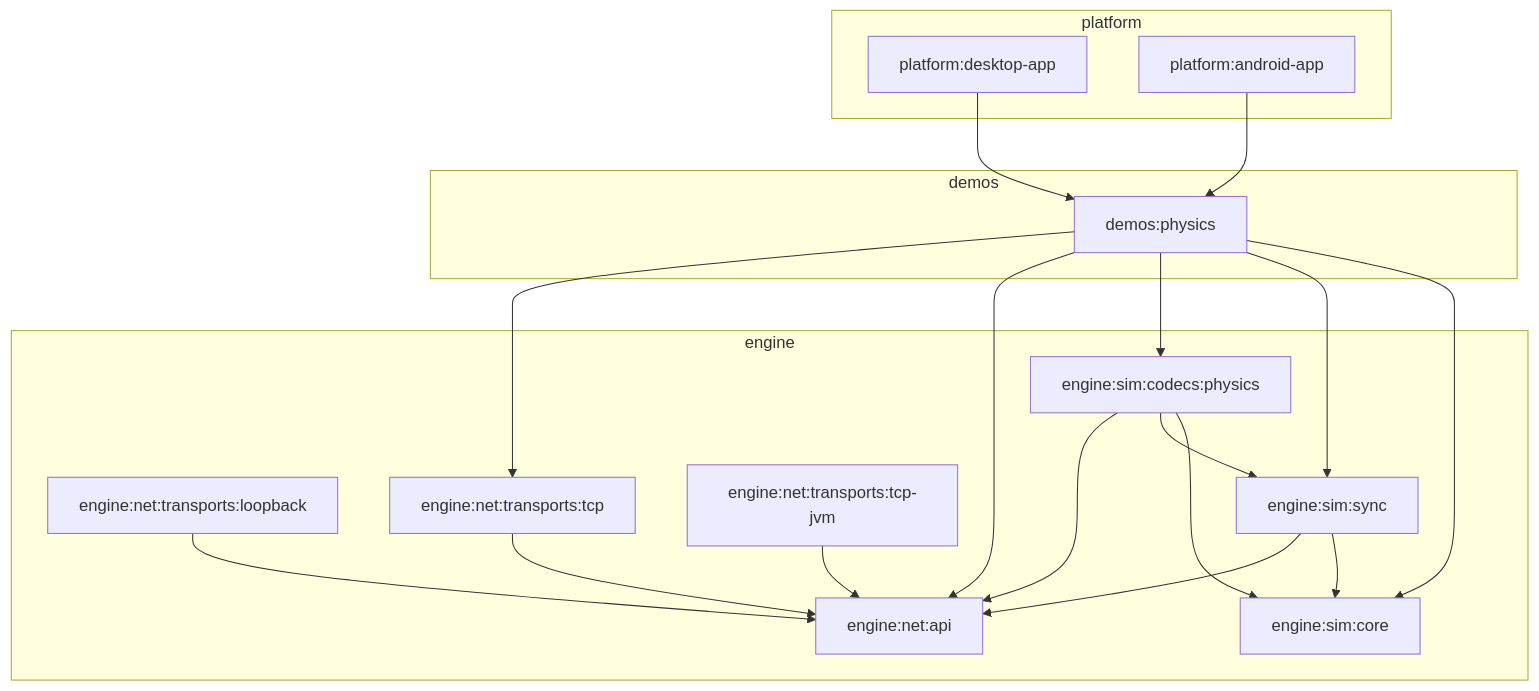
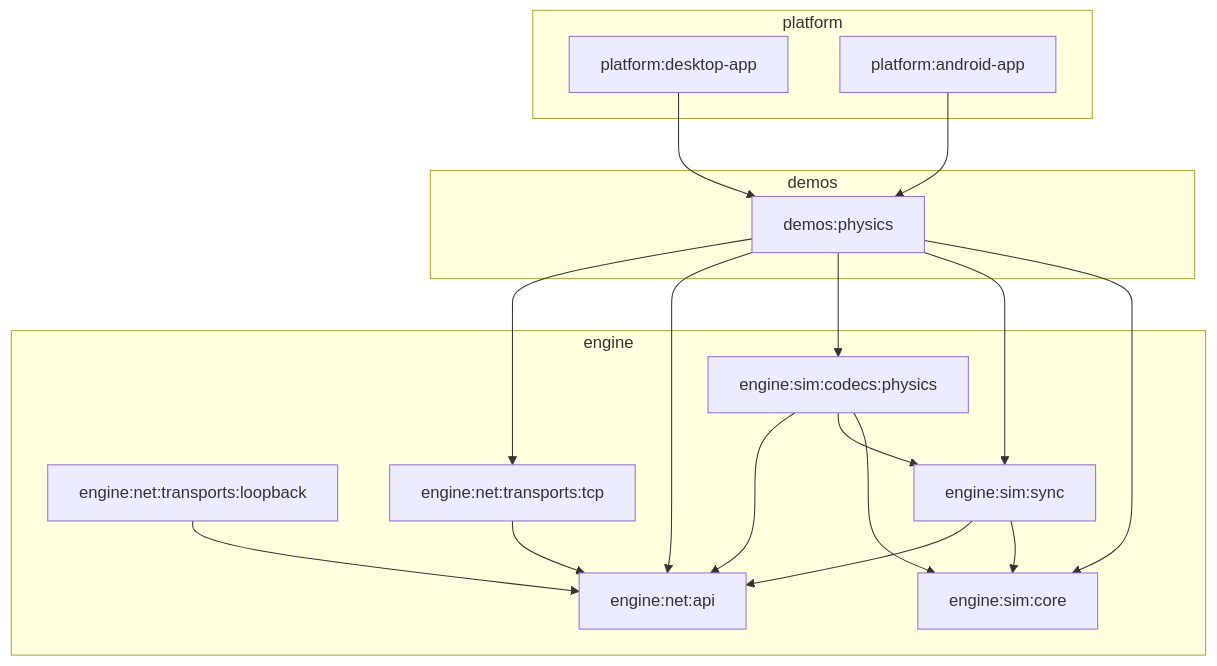
One commit to stuartorchard8/Emerge changed the diagram in README.md. Above: the diagram before and after it, drawn with Mermaid. The commit also changed other lines of this file and 3 other files, not shown here.

First line of the commit message:
Remove unused tcp-jvm module

````diff
--- a/README.md
+++ b/README.md
@@ -37,40 +36,38 @@
 ```mermaid
 graph TD
   subgraph engine
     net_api[engine:net:api]
     net_loop[engine:net:transports:loopback]
     net_tcp[engine:net:transports:tcp]
-    net_tcp_jvm[engine:net:transports:tcp-jvm]
     sim_core[engine:sim:core]
     sim_sync[engine:sim:sync]
     sim_codec_phys[engine:sim:codecs:physics]
   end
 
   subgraph demos
     demo_phys[demos:physics]
   end
 
   subgraph platform
     desktop[platform:desktop-app]
     android[platform:android-app]
   end
 
   net_loop --> net_api
   net_tcp --> net_api
-  net_tcp_jvm --> net_api
 
   sim_sync --> sim_core
   sim_sync --> net_api
   sim_codec_phys --> sim_core
   sim_codec_phys --> sim_sync
   sim_codec_phys --> net_api
 
   demo_phys --> sim_core
   demo_phys --> sim_sync
   demo_phys --> sim_codec_phys
   demo_phys --> net_api
   demo_phys --> net_tcp
 
   desktop --> demo_phys
   android --> demo_phys
 ```
````
